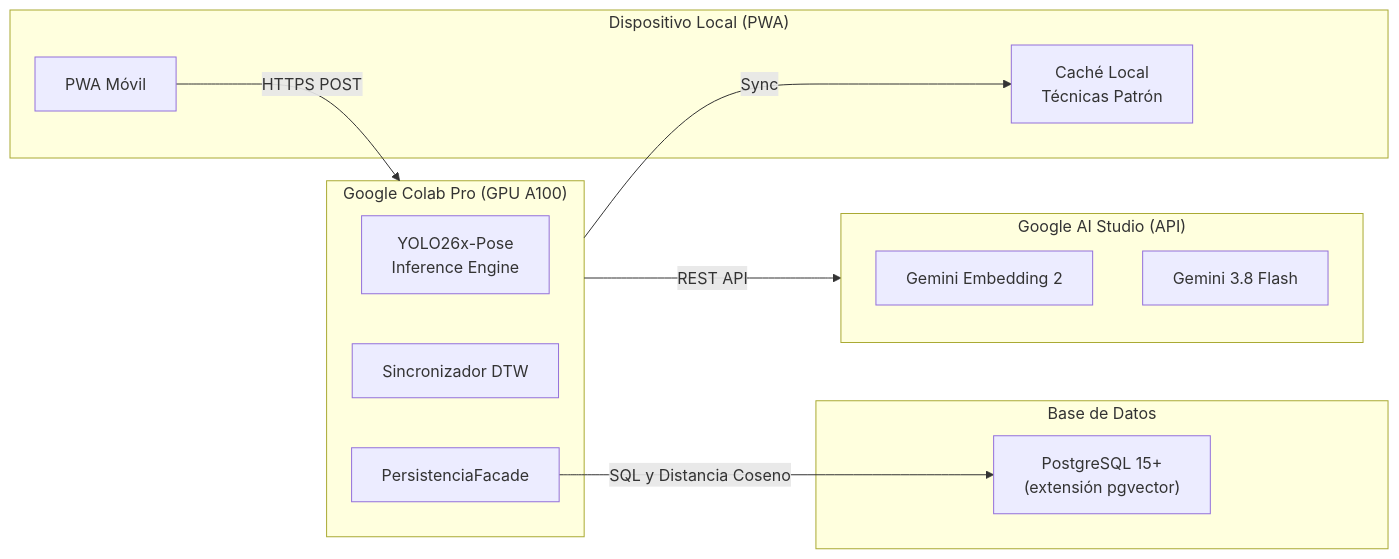
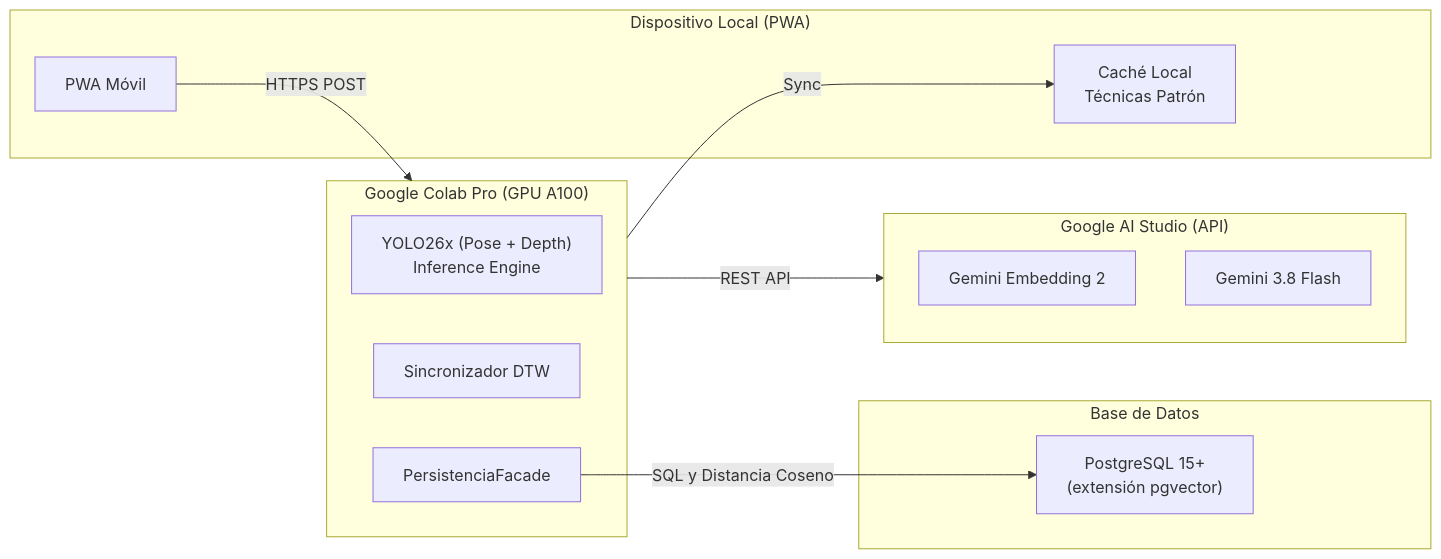
Diagram 11 of 11 in README.md (Tsmrain/JiuJitsu), drawn with Mermaid before and after one commit. The commit also changed other lines of this file, not shown here.

Commit message:
feat: implement hybrid depth fusion pipeline using YOLO26x-Pose and YOLO26x-depth for precise 3D spatial positioning

````diff
--- a/README.md
+++ b/README.md
@@ -990,27 +1000,27 @@
 ```mermaid
 graph LR
     subgraph Local["Dispositivo Local (PWA)"]
         PWA["PWA Móvil"]
         CACHE_LOCAL["Caché Local<br/>Técnicas Patrón"]
     end
 
     subgraph Colab["Google Colab Pro (GPU A100)"]
-        YOLO_S["YOLO26x-Pose<br/>Inference Engine"]
+        YOLO_S["YOLO26x (Pose + Depth)<br/>Inference Engine"]
         DTW_S["Sincronizador DTW"]
         PERS_S["PersistenciaFacade"]
     end
 
     subgraph Nube["Google AI Studio (API)"]
         GEM_EMB["Gemini Embedding 2"]
         GEM_GEN["Gemini 3.8 Flash"]
     end
 
     subgraph BD["Base de Datos"]
         PG["PostgreSQL 15+<br/>(extensión pgvector)"]
     end
 
     PWA -->|HTTPS POST| Colab
     Colab -->|REST API| Nube
     PERS_S -->|SQL y Distancia Coseno| PG
     Colab -->|Sync| CACHE_LOCAL
 ```
````
